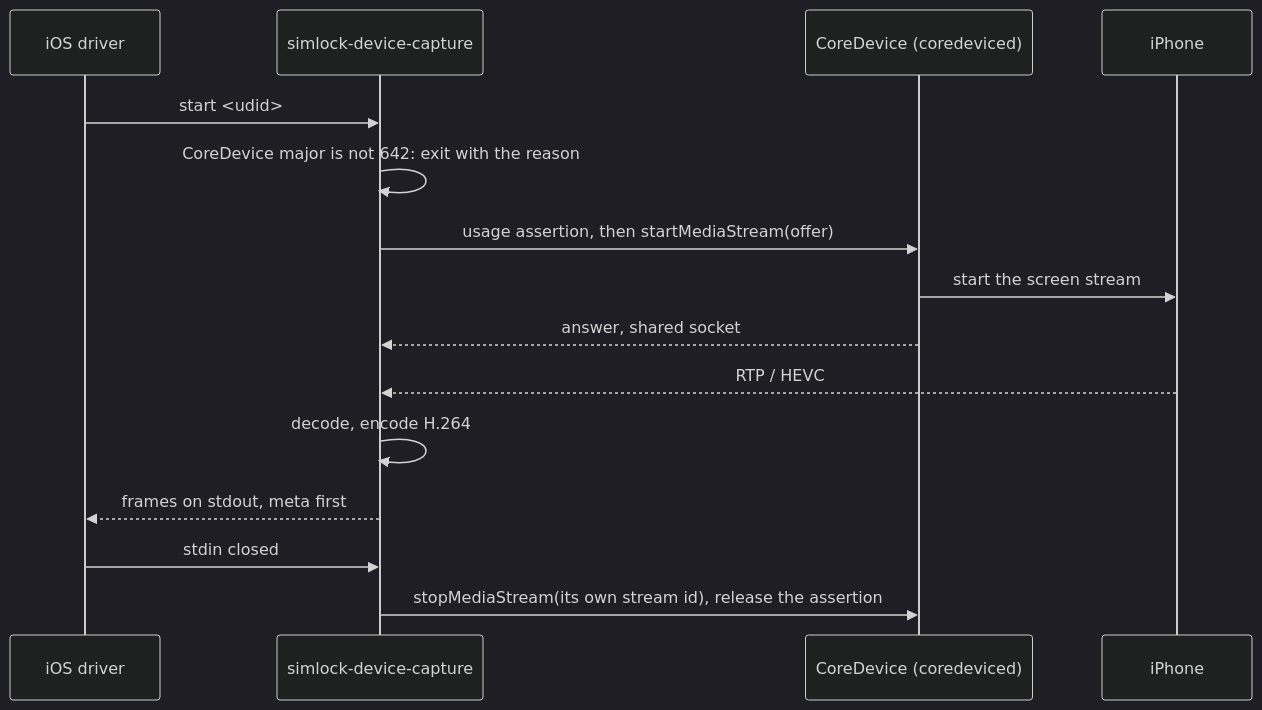
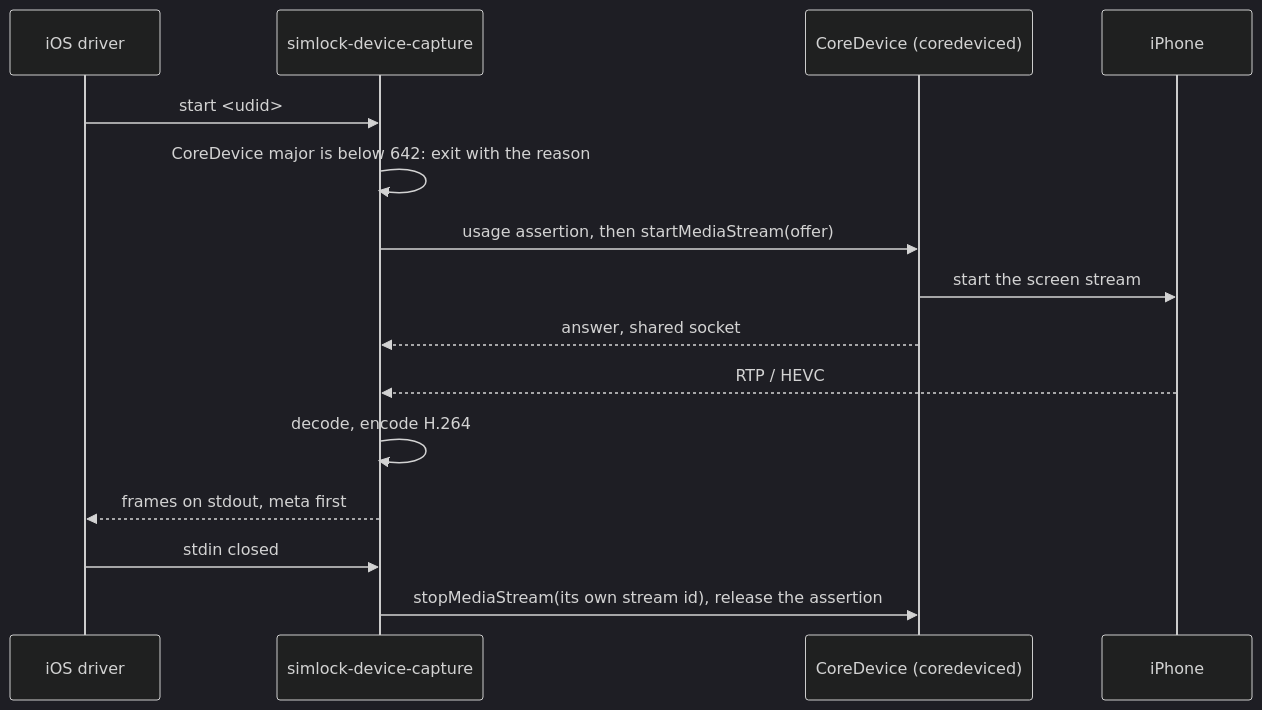
Before and after one commit to Nabil372/simlock: the first of 2 diagrams in docs/internal/adr/0031-a-physical-iphone-streams-through-coredevice-behind-a-screen-source-seam.md, drawn with Mermaid (dark theme). The commit also changed other lines of this file and 8 other files, not shown here.

First line of the commit message:
fix(ios): stream a physical iPhone on CoreDevice 642 or later, not 642 only (#902)

````diff
--- a/docs/internal/adr/0031-a-physical-iphone-streams-through-coredevice-behind-a-screen-source-seam.md
+++ b/docs/internal/adr/0031-a-physical-iphone-streams-through-coredevice-behind-a-screen-source-seam.md
@@ -68,17 +70,17 @@
 ```mermaid
 sequenceDiagram
   participant D as iOS driver
   participant P as simlock-device-capture
   participant C as CoreDevice (coredeviced)
   participant I as iPhone
   D->>P: start <udid>
-  P->>P: CoreDevice major is not 642: exit with the reason
+  P->>P: CoreDevice major is below 642: exit with the reason
   P->>C: usage assertion, then startMediaStream(offer)
   C->>I: start the screen stream
   C-->>P: answer, shared socket
   I-->>P: RTP / HEVC
   P->>P: decode, encode H.264
   P-->>D: frames on stdout, meta first
   D->>P: stdin closed
   P->>C: stopMediaStream(its own stream id), release the assertion
 ```
````
